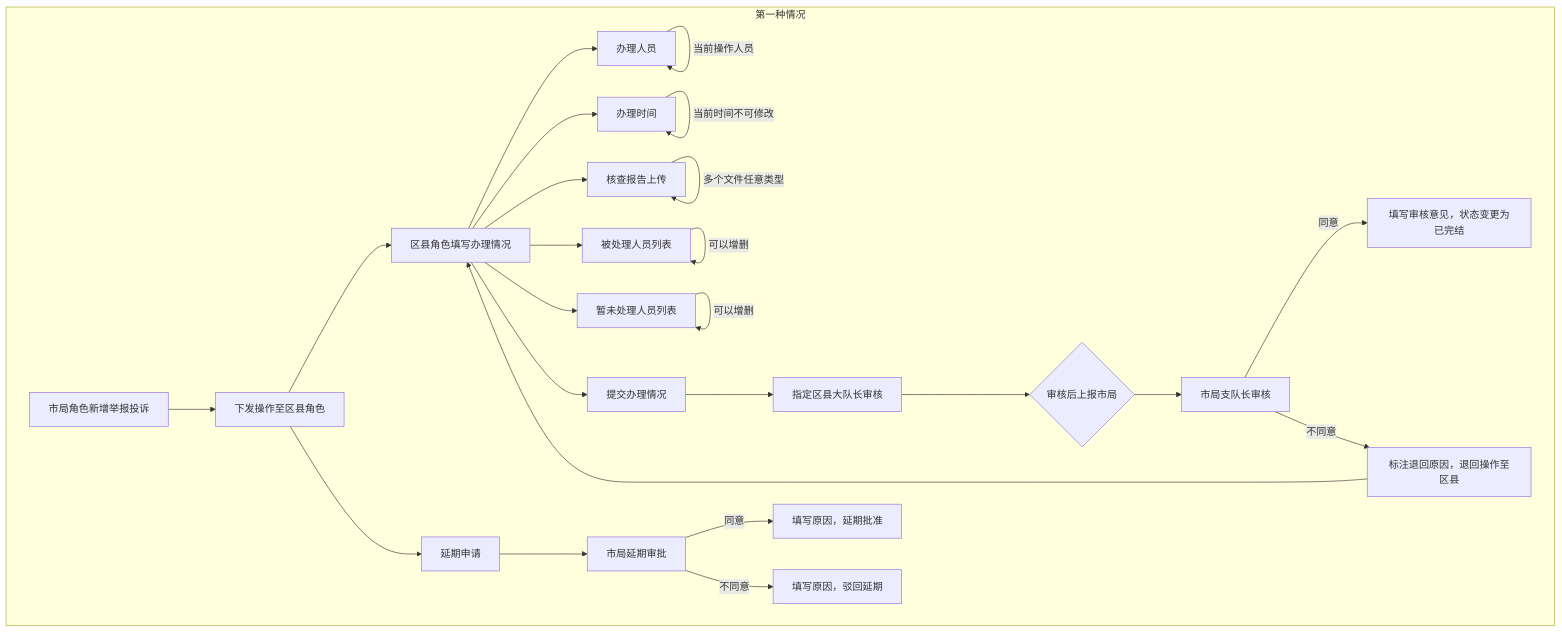
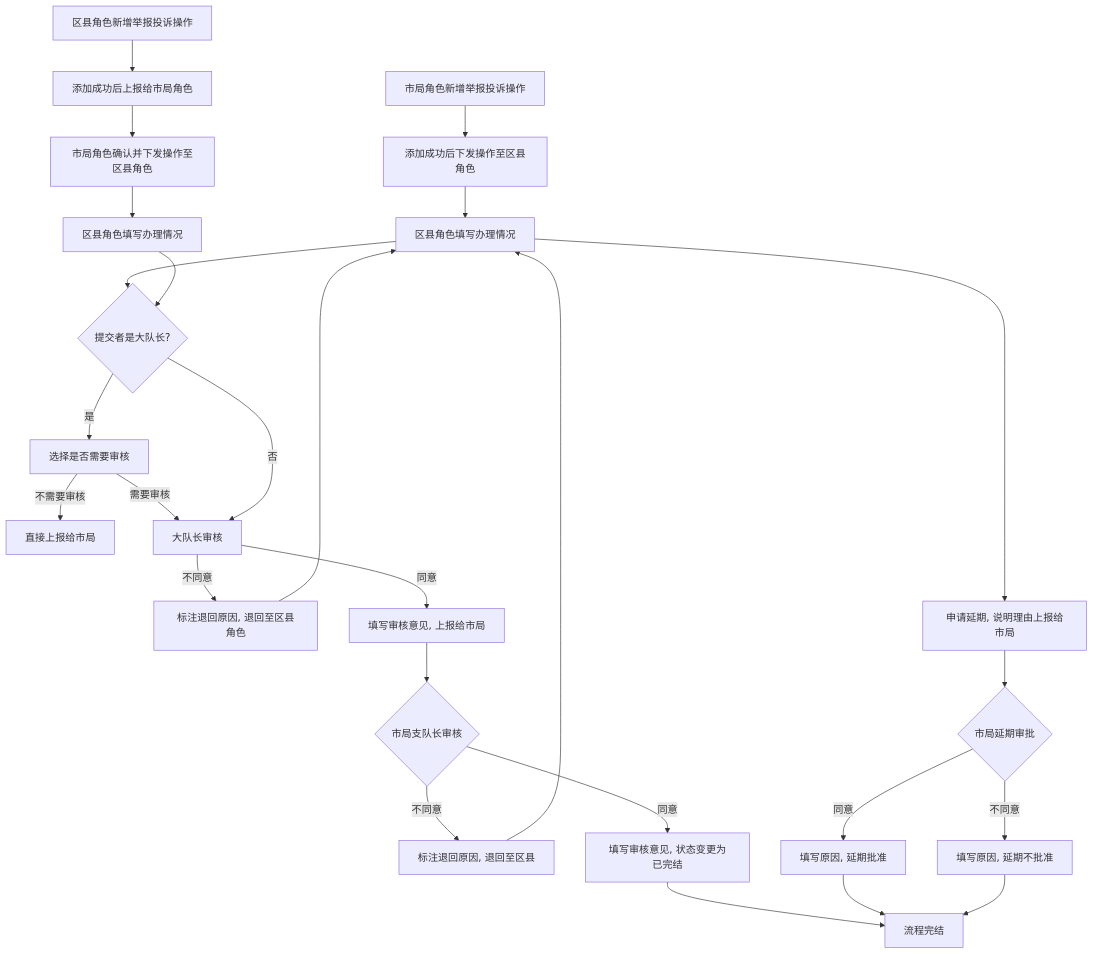
Before and after one commit to stackJx/stackedit-app-data: the diagram in 举报投诉.md, drawn with Mermaid. The commit also changed other lines of this file, not shown here.

Commit message:
举报投诉.md updated from https://stackedit.cn/

````diff
--- a/举报投诉.md
+++ b/举报投诉.md
@@ -1,29 +1,30 @@
 ```mermaid
-graph TD
-    subgraph 第一种情况
-        SJ1[市局角色新增举报投诉]
-        SJ1 --> QC1[下发操作至区县角色]
-        QC1 --> QC2[区县角色填写办理情况]
-        QC2 --> QDAU1[办理人员]
-        QDAU1 --> |当前操作人员| QDAU1
-        QC2 --> QDAT1[办理时间]
-        QDAT1 --> |当前时间不可修改| QDAT1
-        QC2 --> QDR1[核查报告上传]
-        QDR1 --> |多个文件任意类型| QDR1
-        QC2 --> QDP1[被处理人员列表]
-        QDP1 --> |可以增删| QDP1
-        QC2 --> QDT1[暂未处理人员列表]
-        QDT1 --> |可以增删| QDT1
-        QC2 --> QDA2[提交办理情况]
-        QDA2 --> QC3[指定区县大队长审核]
-        QC3 --> QC4{审核后上报市局}
-        QC4 --> SJ2[市局支队长审核]
-        SJ2 --> |同意| SJ3[填写审核意见，状态变更为已完结]
-        SJ2 --> |不同意| SJ4[标注退回原因，退回操作至区县]
-        SJ4 --> QC2
-        QC1 --> QCE[延期申请]
-        QCE --> SJ5[市局延期审批]
-        SJ5 --> |同意| SJ6[填写原因，延期批准]
-        SJ5 --> |不同意| SJ7[填写原因，驳回延期]
-    end
+graph TD;
+    A[市局角色新增举报投诉操作] --> B[添加成功后下发操作至区县角色];
+    B --> C[区县角色填写办理情况];
+    C --> D{提交者是大队长?};
+    D -- 是 --> E[选择是否需要审核];
+    E -- 不需要审核 --> F[直接上报给市局];
+    E -- 需要审核 --> G[大队长审核];
+    D -- 否 --> G;
+    G -- 不同意 --> H[标注退回原因, 退回至区县角色];
+    G -- 同意 --> I[填写审核意见, 上报给市局];
+    H --> C;
+    I --> J{市局支队长审核};
+    J -- 不同意 --> K[标注退回原因, 退回至区县];
+    J -- 同意 --> L[填写审核意见, 状态变更为已完结];
+    K --> C;
+    L --> M[流程完结];
+    C --> N[申请延期, 说明理由上报给市局];
+    N --> O{市局延期审批};
+    O -- 同意 --> P[填写原因, 延期批准];
+    O -- 不同意 --> Q[填写原因, 延期不批准];
+    P --> M;
+    Q --> M;
+
+    R[区县角色新增举报投诉操作] --> S[添加成功后上报给市局角色];
+    S --> T[市局角色确认并下发操作至区县角色];
+    T --> U[区县角色填写办理情况];
+    U --> D;
+
 ```
````
